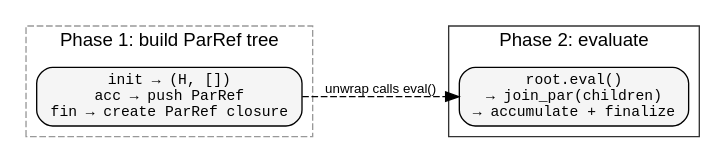
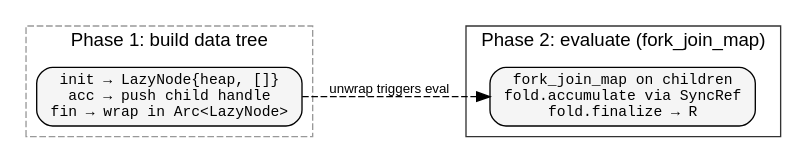
Before and after one commit to hylic-recursion/hylic-docs: the second of 3 diagrams in book/src/guides/lifts.md, drawn with Graphviz. The commit also changed other lines of this file and 8 other files, not shown here.

````diff
--- a/book/src/guides/lifts.md
+++ b/book/src/guides/lifts.md
@@ -68,21 +86,21 @@
 ```dot process
 digraph {
     rankdir=LR;
     node [shape=box, style="rounded,filled", fillcolor="#f5f5f5", fontname="monospace", fontsize=11];
     edge [fontname="sans-serif", fontsize=10];
 
     subgraph cluster_p1 {
-        label="Phase 1: build ParRef tree";
+        label="Phase 1: build data tree";
         style=dashed; color="#999999"; fontname="sans-serif";
-        build [label="init → (H, [])\nacc → push ParRef\nfin → create ParRef closure"];
+        build [label="init → LazyNode{heap, []}\nacc → push child handle\nfin → wrap in Arc<LazyNode>"];
     }
 
     subgraph cluster_p2 {
-        label="Phase 2: evaluate";
+        label="Phase 2: evaluate (fork_join_map)";
         style=solid; color="#333333"; fontname="sans-serif";
-        eval [label="root.eval()\n→ join_par(children)\n→ accumulate + finalize"];
+        eval [label="fork_join_map on children\nfold.accumulate via SyncRef\nfold.finalize → R"];
     }
 
-    build -> eval [label="unwrap calls eval()", style=dashed];
+    build -> eval [label="unwrap triggers eval", style=dashed];
 }
 ```
````
